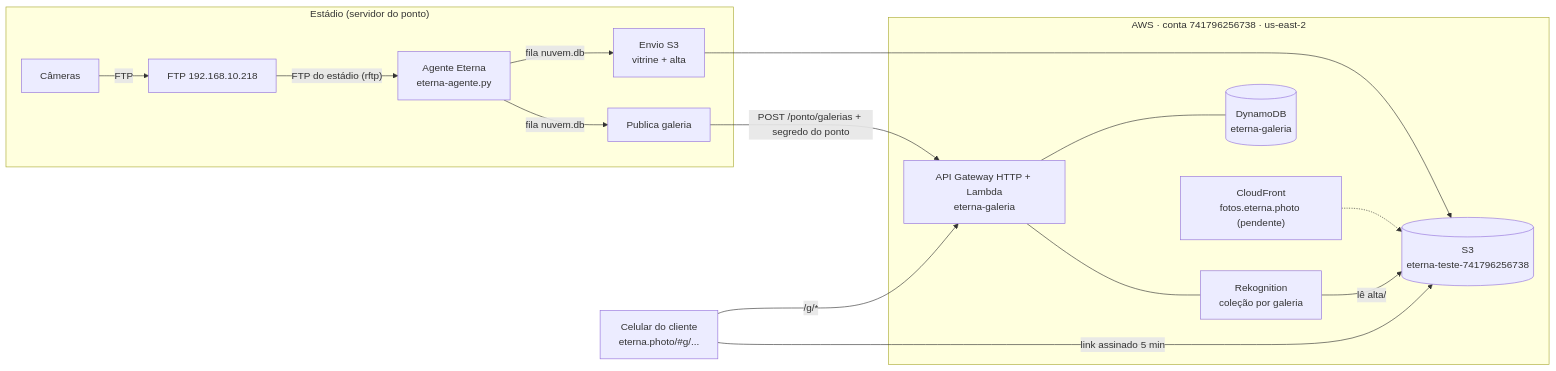
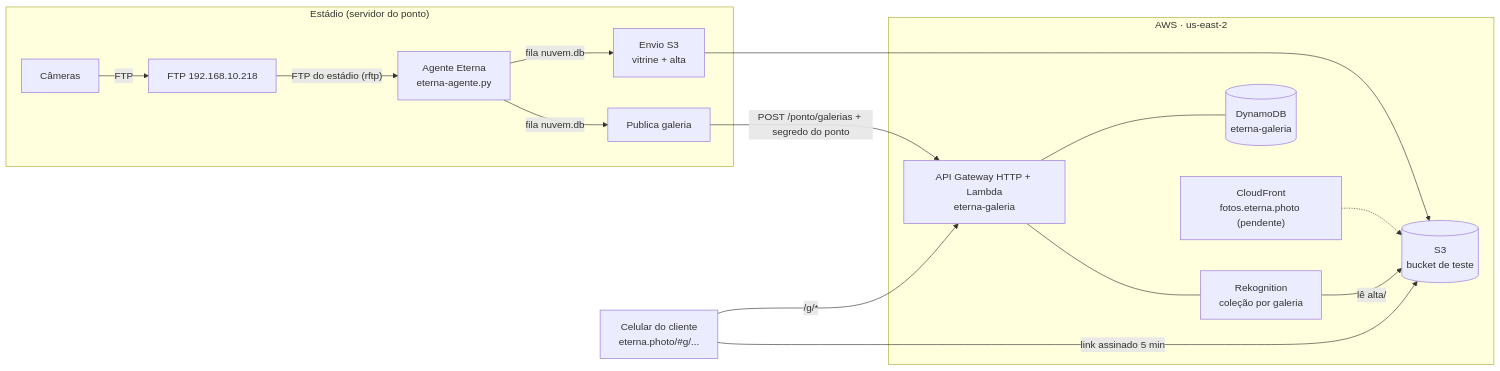
The diagram in docs/NUVEM.md (dudurezende10/eterna), drawn with Mermaid before and after one commit. The commit also changed other lines of this file and 6 other files, not shown here.

````diff
--- a/docs/NUVEM.md
+++ b/docs/NUVEM.md
@@ -11,24 +11,24 @@
 ```mermaid
 flowchart LR
   subgraph Estadio["Estádio (servidor do ponto)"]
     CAM["Câmeras"] -->|FTP| FTP["FTP 192.168.10.218"]
     FTP -->|"FTP do estádio (rftp)"| AG["Agente Eterna<br>eterna-agente.py"]
     AG -->|"fila nuvem.db"| UP["Envio S3<br>vitrine + alta"]
     AG -->|"fila nuvem.db"| PUB["Publica galeria"]
   end
-  subgraph AWS["AWS · conta 741796256738 · us-east-2"]
-    S3[("S3<br>eterna-teste-741796256738")]
+  subgraph AWS["AWS · us-east-2"]
+    S3[("S3<br>bucket de teste")]
     API["API Gateway HTTP + Lambda<br>eterna-galeria"]
     DB[("DynamoDB<br>eterna-galeria")]
     REK["Rekognition<br>coleção por galeria"]
     CF["CloudFront<br>fotos.eterna.photo (pendente)"]
   end
   UP --> S3
   PUB -->|"POST /ponto/galerias + segredo do ponto"| API
   API --- DB
   API --- REK
   REK -->|"lê alta/"| S3
   CEL["Celular do cliente<br>eterna.photo/#g/..."] -->|"/g/*"| API
   CEL -->|"link assinado 5 min"| S3
   CF -.-> S3
 ```
````
